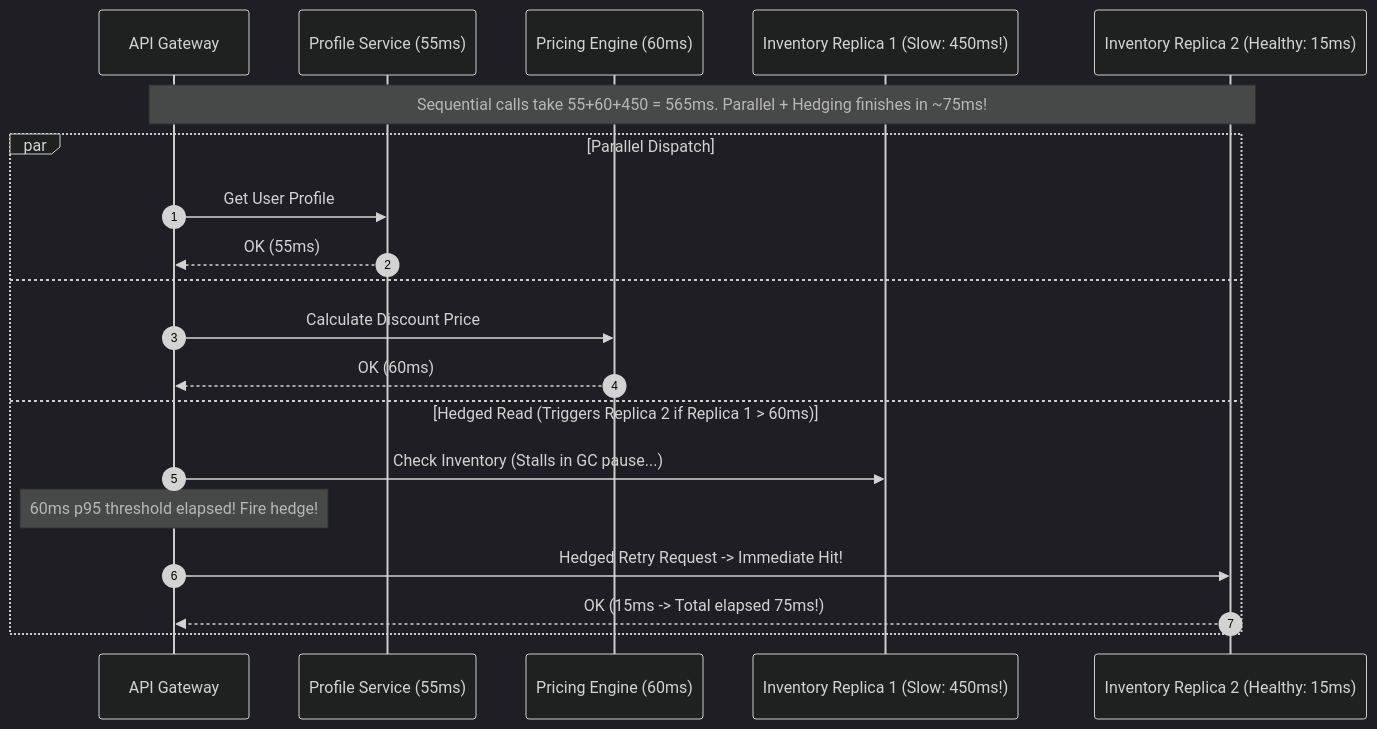
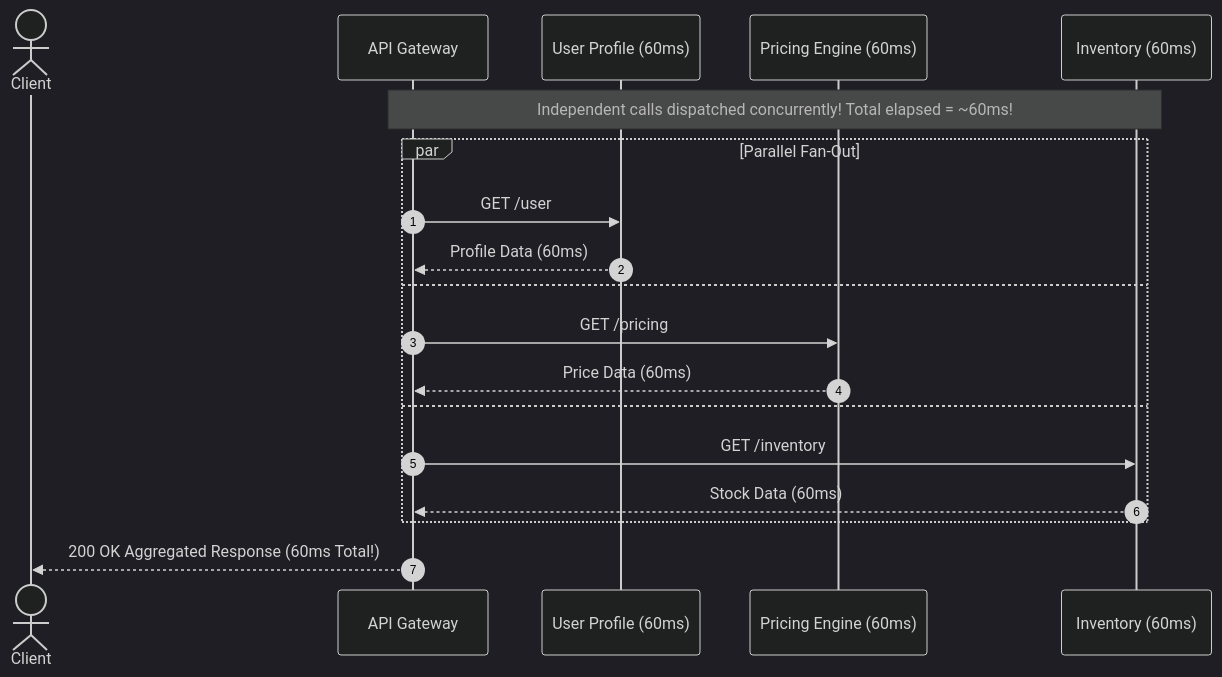
One commit to TapanKumarBarik/Backend-roadmap changed the first of 2 diagrams in content/system-design/01-core-fundamentals/08-latency/README.md. Above: the diagram before and after it, drawn with Mermaid (dark theme). The commit also changed other lines of this file and 1 other file, not shown here.

````diff
--- a/content/system-design/01-core-fundamentals/08-latency/README.md
+++ b/content/system-design/01-core-fundamentals/08-latency/README.md
@@ -33,23 +264,22 @@
 ```mermaid
 sequenceDiagram
     autonumber
-    participant Gateway as API Gateway
-    participant SvcA as Profile Service (55ms)
-    participant SvcB as Pricing Engine (60ms)
-    participant SvcC_1 as Inventory Replica 1 (Slow: 450ms!)
-    participant SvcC_2 as Inventory Replica 2 (Healthy: 15ms)
+    actor User as Client
+    participant GW as API Gateway
+    participant S1 as User Profile (60ms)
+    participant S2 as Pricing Engine (60ms)
+    participant S3 as Inventory (60ms)
 
-    Note over Gateway,SvcC_2: Sequential calls take 55+60+450 = 565ms. Parallel + Hedging finishes in ~75ms!
-    par Parallel Dispatch
-        Gateway->>SvcA: Get User Profile
-        SvcA-->>Gateway: OK (55ms)
+    Note over GW,S3: Independent calls dispatched concurrently! Total elapsed = ~60ms!
+    par Parallel Fan-Out
+        GW->>S1: GET /user
+        S1-->>GW: Profile Data (60ms)
     and
-        Gateway->>SvcB: Calculate Discount Price
-        SvcB-->>Gateway: OK (60ms)
-    and Hedged Read (Triggers Replica 2 if Replica 1 > 60ms)
-        Gateway->>SvcC_1: Check Inventory (Stalls in GC pause...)
-        Note over Gateway: 60ms p95 threshold elapsed! Fire hedge!
-        Gateway->>SvcC_2: Hedged Retry Request -> Immediate Hit!
-        SvcC_2-->>Gateway: OK (15ms -> Total elapsed 75ms!)
+        GW->>S2: GET /pricing
+        S2-->>GW: Price Data (60ms)
+    and
+        GW->>S3: GET /inventory
+        S3-->>GW: Stock Data (60ms)
     end
+    GW-->>User: 200 OK Aggregated Response (60ms Total!)
 ```
````
